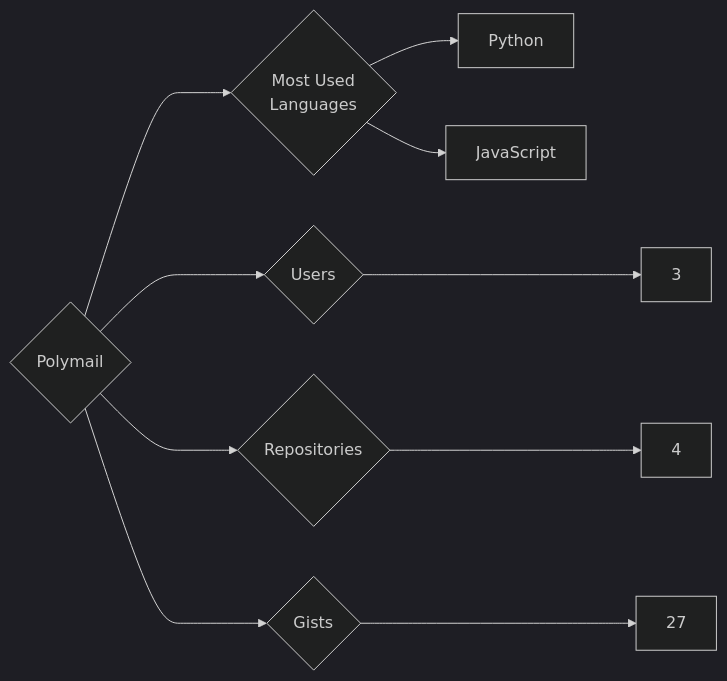
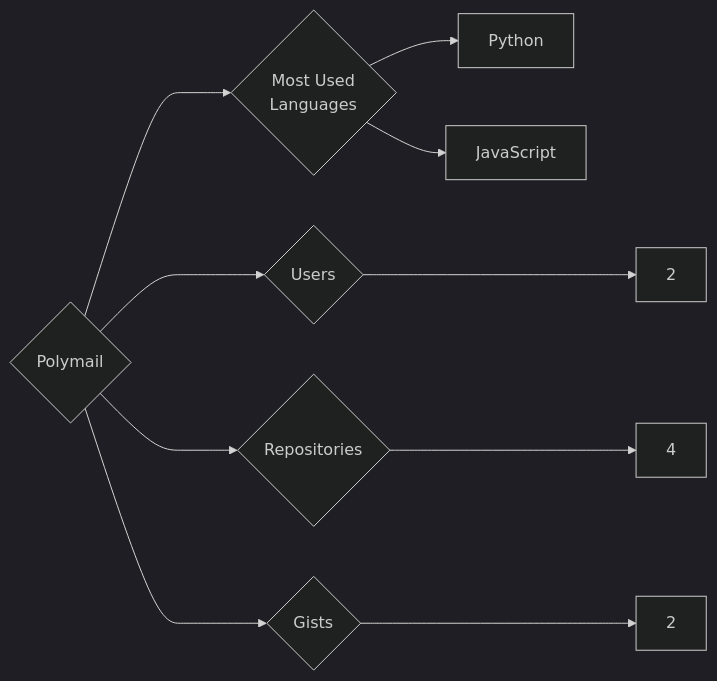
Before and after one commit to trickest/insiders: the diagram in targets/Polymail/README.md, drawn with Mermaid (dark theme). The commit also changed 1389 other files, not shown here.

````diff
--- a/targets/Polymail/README.md
+++ b/targets/Polymail/README.md
@@ -3,10 +3,10 @@
 ```mermaid
 graph LR
 COMPANY_NAME{Polymail}
-COMPANY_NAME ---> U{Users} ---> UN[3]
+COMPANY_NAME ---> U{Users} ---> UN[2]
 COMPANY_NAME ---> R{Repositories} ---> RN[4]
-COMPANY_NAME ---> G{Gists} ---> GN[27]
+COMPANY_NAME ---> G{Gists} ---> GN[2]
 COMPANY_NAME ---> ML{Most Used<br>Languages}
 ML --> Python[Python]
 ML --> JavaScript[JavaScript]
 ```
````
